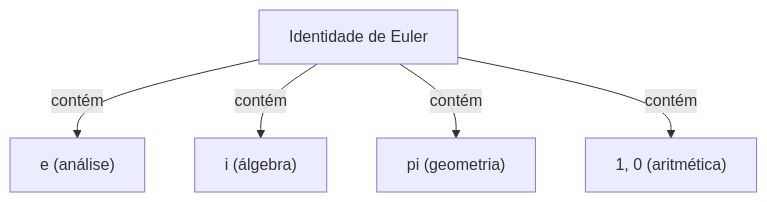
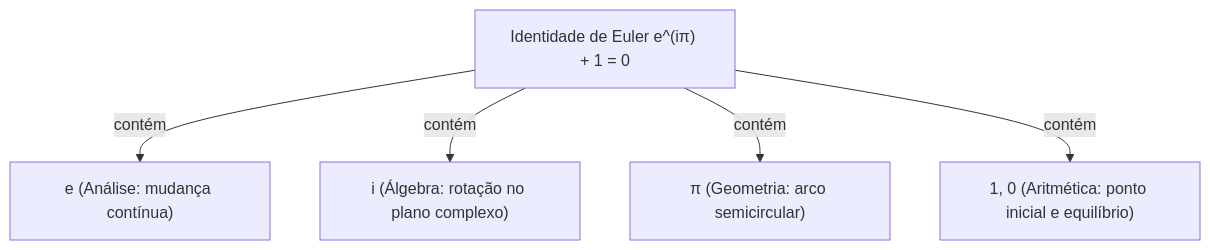
One commit to kenjinote/blog changed the diagram in content/post/eulers-identity/index.pt.md. Above: the diagram before and after it, drawn with Mermaid. The commit also changed other lines of this file and 7 other files, not shown here.

````diff
--- a/content/post/eulers-identity/index.pt.md
+++ b/content/post/eulers-identity/index.pt.md
@@ -31,7 +142,7 @@
 ```mermaid
 graph TD
-    A["Identidade de Euler"] -->|"contém"| B["e (análise)"]
-    A -->|"contém"| C["i (álgebra)"]
-    A -->|"contém"| D["pi (geometria)"]
-    A -->|"contém"| E["1, 0 (aritmética)"]
+    A["Identidade de Euler e^(iπ) + 1 = 0"] -->|"contém"| B["e (Análise: mudança contínua)"]
+    A -->|"contém"| C["i (Álgebra: rotação no plano complexo)"]
+    A -->|"contém"| D["π (Geometria: arco semicircular)"]
+    A -->|"contém"| E["1, 0 (Aritmética: ponto inicial e equilíbrio)"]
 ```
````
